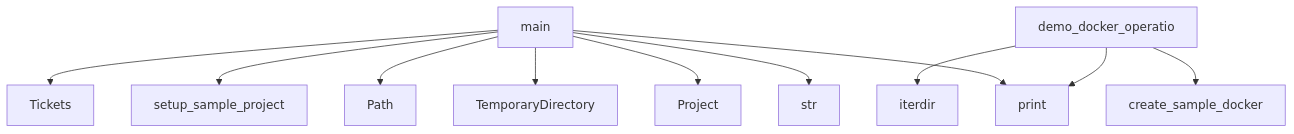
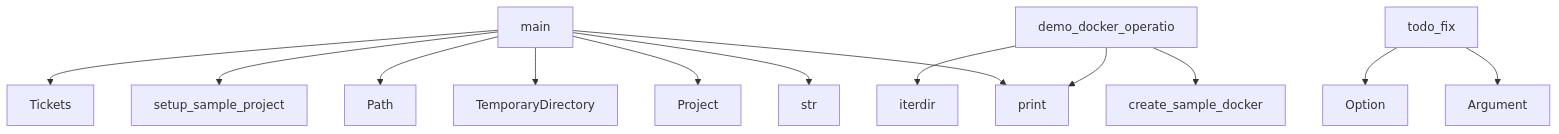
Before and after one commit to semcod/algitex: the diagram in project/context.md, drawn with Mermaid. The commit also changed other lines of this file and 24 other files, not shown here.

````diff
--- a/project/context.md
+++ b/project/context.md
@@ -594,13 +599,15 @@
 ```mermaid
 graph TD
     main --> print
+    todo_fix --> Argument
+    todo_fix --> Option
     main --> str
     main --> Project
     main --> TemporaryDirectory
     main --> Path
     main --> setup_sample_project
     demo_docker_operatio --> print
     demo_docker_operatio --> create_sample_docker
     demo_docker_operatio --> iterdir
     main --> Tickets
 ```
````
